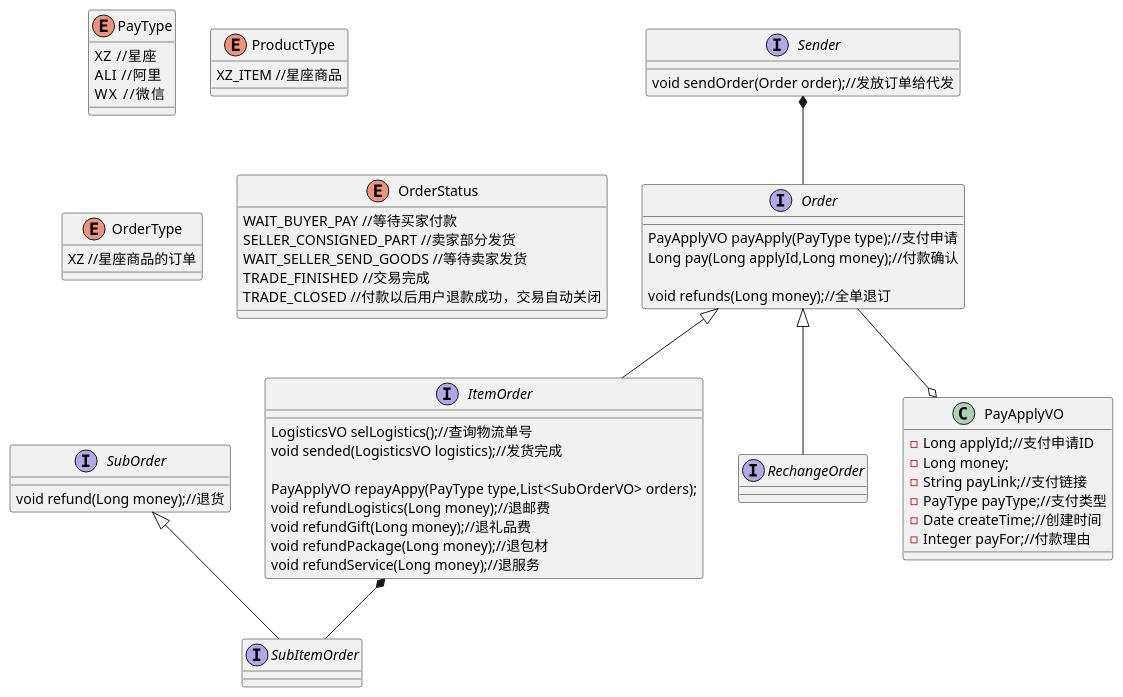
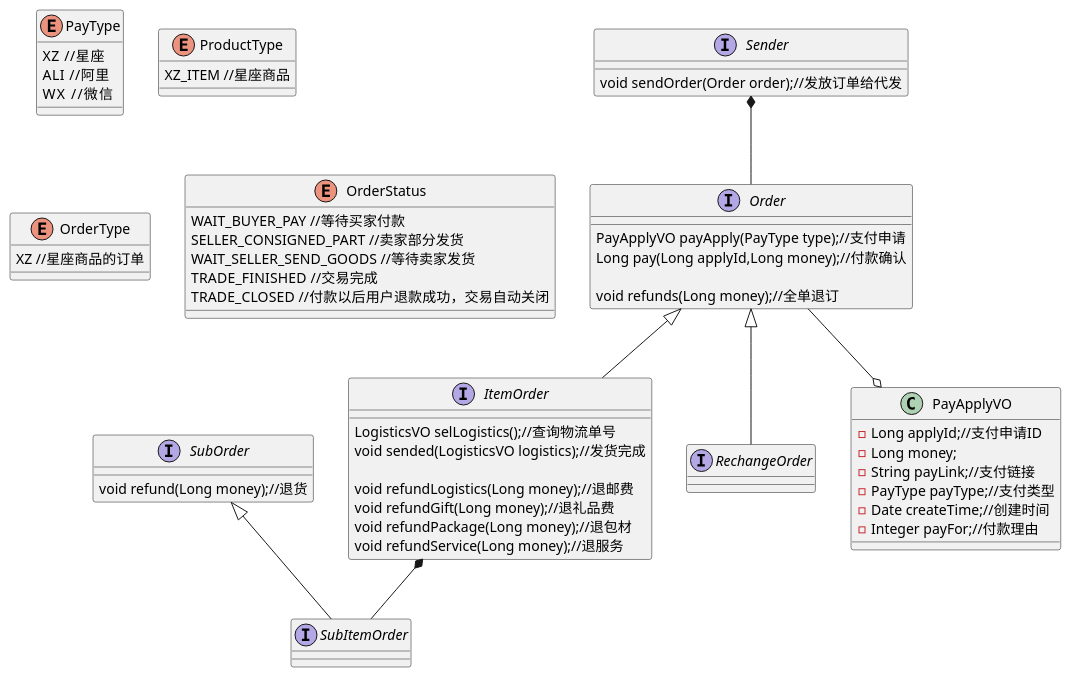
One commit to pogy/main-pom changed the diagram in main4-order/main4-order-api/src/main/resources/orderClass.puml. Above: the diagram before and after it, drawn with PlantUML. The commit also changed 8 other files, not shown here.

```diff
--- a/main4-order/main4-order-api/src/main/resources/orderClass.puml
+++ b/main4-order/main4-order-api/src/main/resources/orderClass.puml
@@ -1,82 +1,81 @@
 @startuml
 enum PayType{
 XZ  //星座
 ALI  //阿里
 WX   //微信
 }
 
 interface Order{
 PayApplyVO payApply(PayType type);//支付申请
 Long pay(Long applyId,Long money);//付款确认
 
 void refunds(Long money);//全单退订
 
 }
 
 interface ItemOrder{
 LogisticsVO selLogistics();//查询物流单号
 void sended(LogisticsVO logistics);//发货完成
 
-PayApplyVO repayAppy(PayType type,List<SubOrderVO> orders);
 void refundLogistics(Long money);//退邮费
 void refundGift(Long money);//退礼品费
 void refundPackage(Long money);//退包材
 void refundService(Long money);//退服务
 }
 
 interface RechangeOrder{
 
 }
 
 interface SubOrder{
 void refund(Long money);//退货
 }
 
 interface SubItemOrder{
 
 }
 
 interface Sender{
 void sendOrder(Order order);//发放订单给代发
 }
 
 enum ProductType{
 XZ_ITEM //星座商品
 
 }
 
 enum OrderType{
 XZ //星座商品的订单
 
 }
 
 enum OrderStatus{
 WAIT_BUYER_PAY //等待买家付款
 SELLER_CONSIGNED_PART //卖家部分发货
 WAIT_SELLER_SEND_GOODS //等待卖家发货
 TRADE_FINISHED  //交易完成
 TRADE_CLOSED  //付款以后用户退款成功，交易自动关闭
 
 }
 
 
 
 class PayApplyVO{
 -Long applyId;//支付申请ID
 -Long money;
 -String payLink;//支付链接
 -PayType payType;//支付类型
 -Date createTime;//创建时间
 -Integer payFor;//付款理由
 }
 
 SubOrder <|-- SubItemOrder
 Order <|-- ItemOrder
 Order <|-- RechangeOrder
 ItemOrder *-- SubItemOrder
 Sender *-- Order
 
 Order --o PayApplyVO
 
 
 @enduml
```
